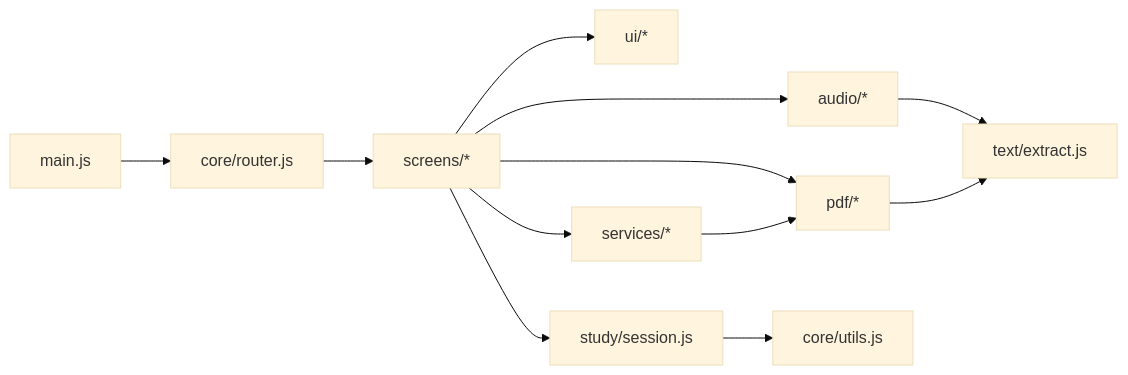
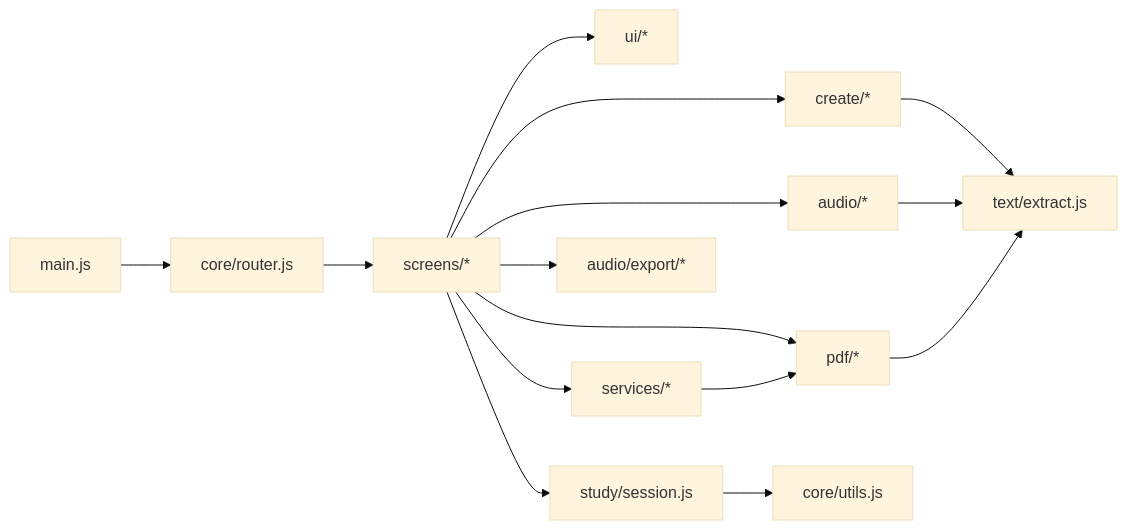
The diagram in docs/ARQUITETURA.md (Joshpcbrrj/projeto-palavras), drawn with Mermaid (base theme) before and after one commit. The commit also changed other lines of this file and 40 other files, not shown here.

````diff
--- a/docs/ARQUITETURA.md
+++ b/docs/ARQUITETURA.md
@@ -14,14 +14,17 @@
 ```mermaid
 flowchart LR
   main[main.js] --> router[core/router.js]
   router --> screens[screens/*]
   screens --> ui[ui/*]
   screens --> study[study/session.js]
   screens --> audio[audio/*]
   screens --> pdf[pdf/*]
   screens --> services[services/*]
+  screens --> create[create/*]
+  create --> text
+  screens --> export[audio/export/*]
   study --> utils[core/utils.js]
   audio --> text[text/extract.js]
   pdf --> text
   services --> pdf
 ```
````
